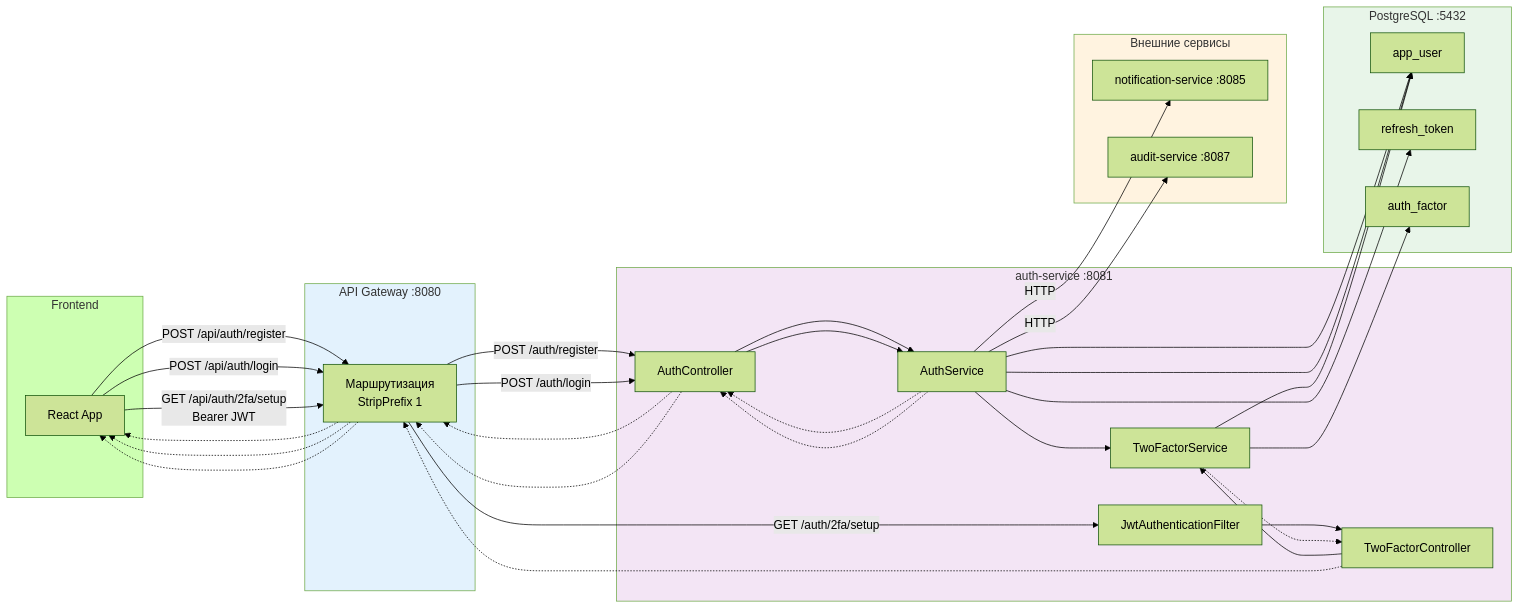
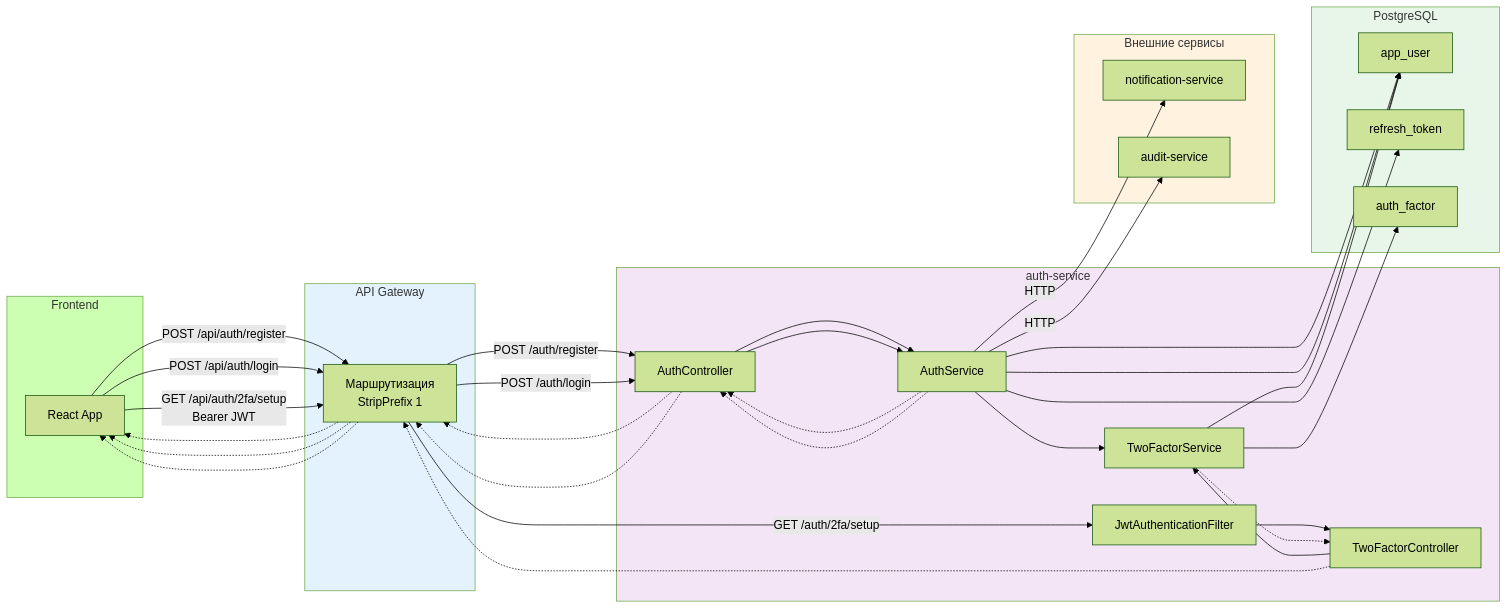
One commit to PawKorchagin/hrofos-domain-register changed the eighth of 9 diagrams in auth-service/README.md. Above: the diagram before and after it, drawn with Mermaid (forest theme). The commit also changed other lines of this file and 7 other files, not shown here.

````diff
--- a/auth-service/README.md
+++ b/auth-service/README.md
@@ -414,64 +467,64 @@
 ```mermaid
 flowchart LR
-    subgraph Frontend["Frontend"]
+    subgraph FrontendLane["         Frontend"]
         Client[React App]
     end
 
-    subgraph Gateway["API Gateway :8080"]
+    subgraph GatewayLane["         API Gateway"]
         Router[Маршрутизация<br/>StripPrefix 1]
     end
 
-    subgraph Auth["auth-service :8081"]
+    subgraph AuthLane["         auth-service"]
         Filter[JwtAuthenticationFilter]
         AuthC[AuthController]
         TwoFactorC[TwoFactorController]
         AuthService[AuthService]
         TwoFactorS[TwoFactorService]
     end
 
-    subgraph DB["PostgreSQL :5432"]
+    subgraph DBLane["         PostgreSQL"]
         UserDB[app_user]
         TokenDB[refresh_token]
         FactorDB[auth_factor]
     end
 
-    subgraph Services["Внешние сервисы"]
-        Notif["notification-service :8085"]
-        Audit["audit-service :8087"]
+    subgraph ServicesLane["         Внешние сервисы"]
+        Notif["notification-service"]
+        Audit["audit-service"]
     end
 
     Client -->|POST /api/auth/register| Router
     Router -->|POST /auth/register| AuthC
     AuthC --> AuthService
     AuthService --> UserDB
     AuthService -->|HTTP| Notif
     AuthService -->|HTTP| Audit
     AuthService -.-> AuthC
     AuthC -.-> Router
     Router -.-> Client
 
     Client -->|POST /api/auth/login| Router
     Router -->|POST /auth/login| AuthC
     AuthC --> AuthService
     AuthService --> UserDB
     AuthService --> TokenDB
     AuthService --> TwoFactorS
     AuthService -.-> AuthC
     AuthC -.-> Router
     Router -.-> Client
 
     Client -->|GET /api/auth/2fa/setup<br/>Bearer JWT| Router
     Router -->|GET /auth/2fa/setup| Filter
     Filter --> TwoFactorC
     TwoFactorC --> TwoFactorS
     TwoFactorS --> UserDB
     TwoFactorS --> FactorDB
     TwoFactorS -.-> TwoFactorC
     TwoFactorC -.-> Router
     Router -.-> Client
 
-    style Gateway fill:#e3f2fd
-    style Auth fill:#f3e5f5
-    style Services fill:#fff3e0
-    style DB fill:#e8f5e9
+    style GatewayLane fill:#e3f2fd
+    style AuthLane fill:#f3e5f5
+    style ServicesLane fill:#fff3e0
+    style DBLane fill:#e8f5e9
 ```
````
